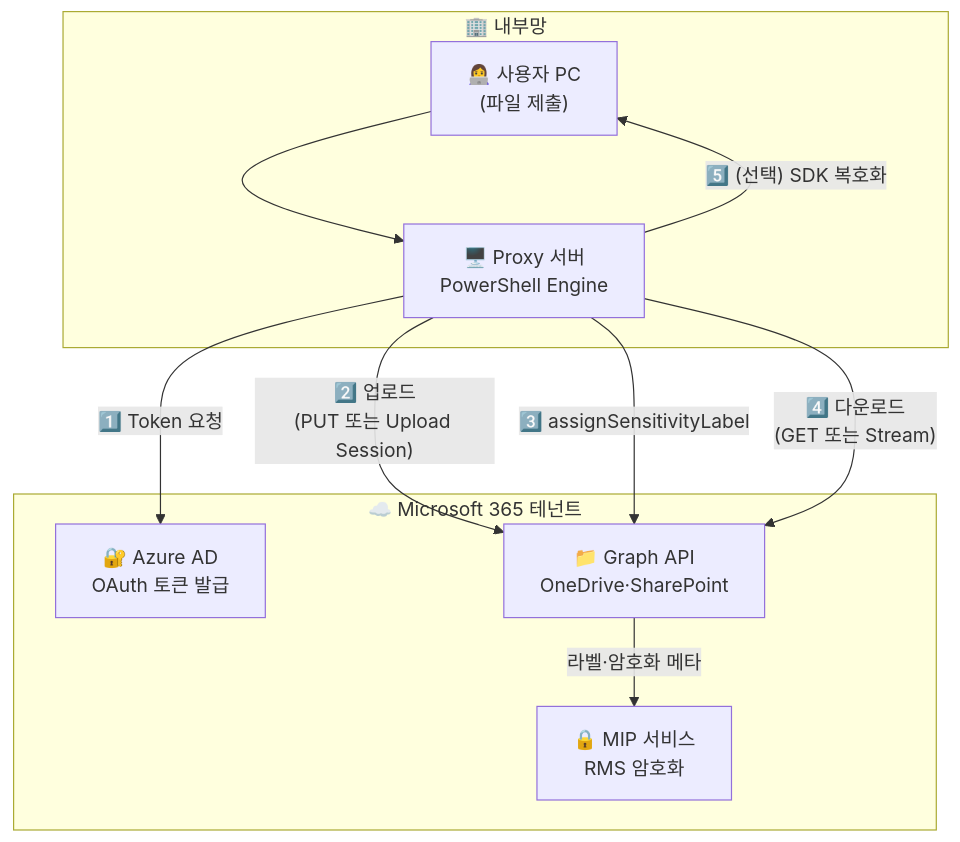
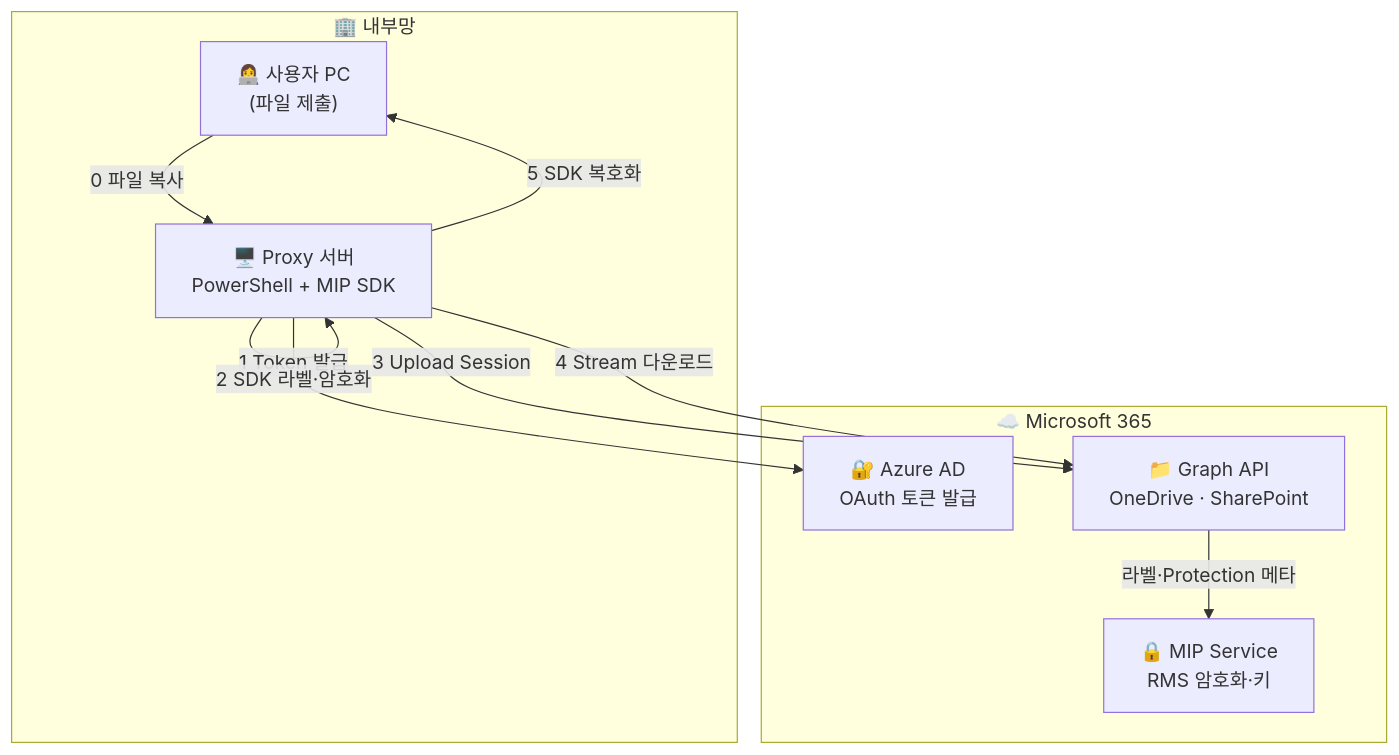
Before and after one commit to tanminkwan/um: the first of 2 diagrams in README.md, drawn with Mermaid. The commit also changed other lines of this file, not shown here.

````diff
--- a/README.md
+++ b/README.md
@@ -38,22 +49,24 @@
 ```mermaid
 flowchart TB
+    %% ─────── 내부망
     subgraph LAN["🏢 내부망"]
         PC["👩‍💻 사용자 PC<br/>(파일 제출)"]
-        PROXY["🖥️ Proxy 서버<br/>PowerShell Engine"]
+        PX["🖥️ Proxy 서버<br/>PowerShell + MIP SDK"]
     end
 
-    subgraph Cloud["☁️ Microsoft 365 테넌트"]
+    %% ─────── 클라우드
+    subgraph Cloud["☁️ Microsoft 365"]
         AAD["🔐 Azure AD<br/>OAuth 토큰 발급"]
-        DRIVE["📁 Graph API<br/>OneDrive·SharePoint"]
-        MIP["🔒 MIP 서비스<br/>RMS 암호화"]
+        DRV["📁 Graph API<br/>OneDrive · SharePoint"]
+        MIPS["🔒 MIP Service<br/>RMS 암호화·키"]
     end
 
-    %% 흐름 (위→아래 방향)
-    PC --> PROXY
-    PROXY -- "1️⃣ Token 요청" --> AAD
-    PROXY -- "2️⃣ 업로드<br/>(PUT 또는 Upload Session)" --> DRIVE
-    PROXY -- "3️⃣ assignSensitivityLabel" --> DRIVE
-    DRIVE -- "라벨·암호화 메타" --> MIP
-    PROXY -- "4️⃣ 다운로드<br/>(GET 또는 Stream)" --> DRIVE
-    PROXY -- "5️⃣ (선택) SDK 복호화" --> PC
+    %% ─────── 데이터 흐름
+    PC  -->|"0 파일 복사"| PX
+    PX  -->|"1 Token 발급"| AAD
+    PX  -->|"2 SDK 라벨·암호화"| PX
+    PX  -->|"3 Upload Session"| DRV
+    PX  -->|"4 Stream 다운로드"| DRV
+    PX  -->|"5 SDK 복호화"| PC
+    DRV -->|"라벨·Protection 메타"| MIPS
 ```
````
